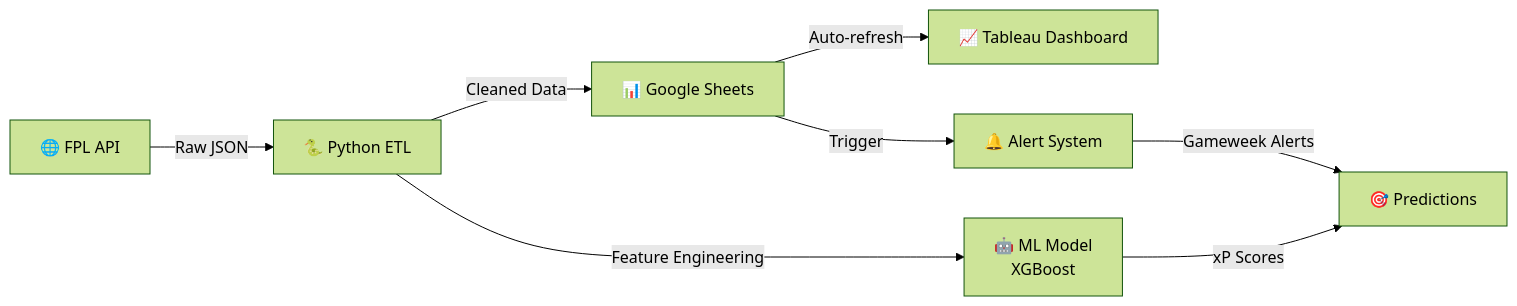
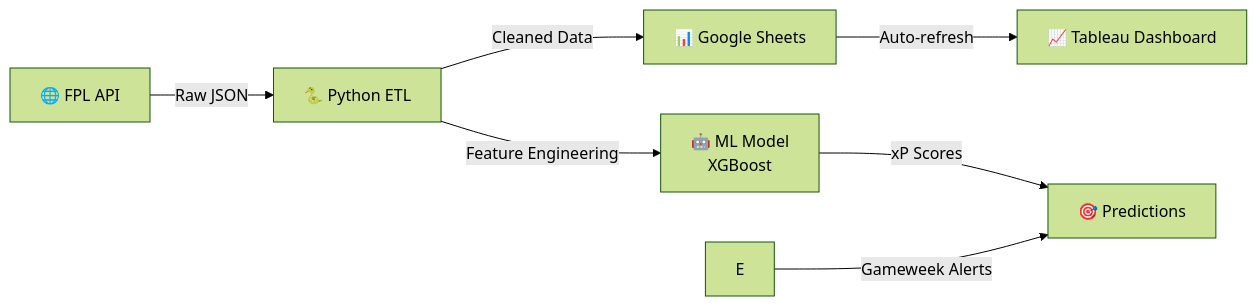
Before and after one commit to Shegszz/FPL-Script-Automation: the diagram in README.md, drawn with Mermaid (forest theme).

````diff
--- a/README.md
+++ b/README.md
@@ -9,10 +9,9 @@
 ```mermaid
 flowchart LR
     A[🌐 FPL API] -->|Raw JSON| B[🐍 Python ETL]
     B -->|Cleaned Data| C[📊 Google Sheets]
     C -->|Auto-refresh| D[📈 Tableau Dashboard]
-    C -->|Trigger| E[🔔 Alert System]
     B -->|Feature Engineering| F[🤖 ML Model\nXGBoost]
     F -->|xP Scores| G[🎯 Predictions]
     E -->|Gameweek Alerts| G
 ```
````
